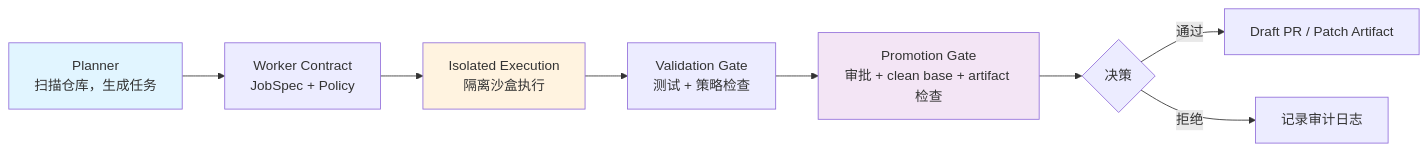
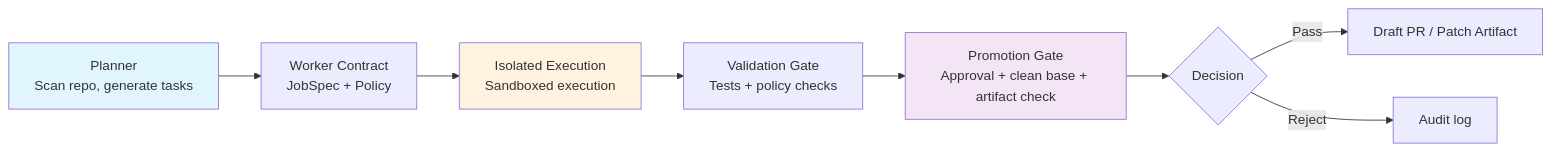
Before and after one commit to autonomous-agent-stack/autonomous-agent-stack: the diagram in README.md, drawn with Mermaid. The commit also changed other lines of this file and 3 other files, not shown here.

````diff
--- a/README.md
+++ b/README.md
@@ -24,14 +29,14 @@
 ```mermaid
 flowchart LR
-    A[Planner<br/>扫描仓库，生成任务] --> B[Worker Contract<br/>JobSpec + Policy]
-    B --> C[Isolated Execution<br/>隔离沙盒执行]
-    C --> D[Validation Gate<br/>测试 + 策略检查]
-    D --> E[Promotion Gate<br/>审批 + clean base + artifact 检查]
-    E --> F{决策}
-    F -->|通过| G[Draft PR / Patch Artifact]
-    F -->|拒绝| H[记录审计日志]
+    A[Planner<br/>Scan repo, generate tasks] --> B[Worker Contract<br/>JobSpec + Policy]
+    B --> C[Isolated Execution<br/>Sandboxed execution]
+    C --> D[Validation Gate<br/>Tests + policy checks]
+    D --> E[Promotion Gate<br/>Approval + clean base + artifact check]
+    E --> F{Decision}
+    F -->|Pass| G[Draft PR / Patch Artifact]
+    F -->|Reject| H[Audit log]
 
     style A fill:#e1f5ff
     style C fill:#fff3e0
     style E fill:#f3e5f5
 ```
````
